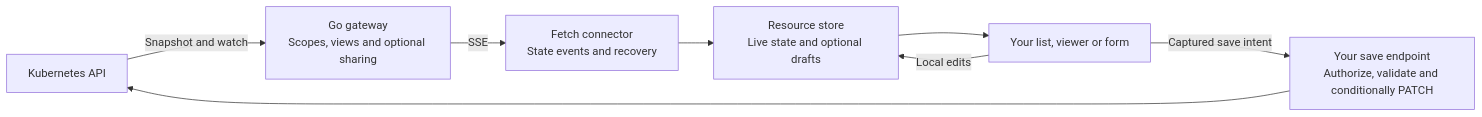
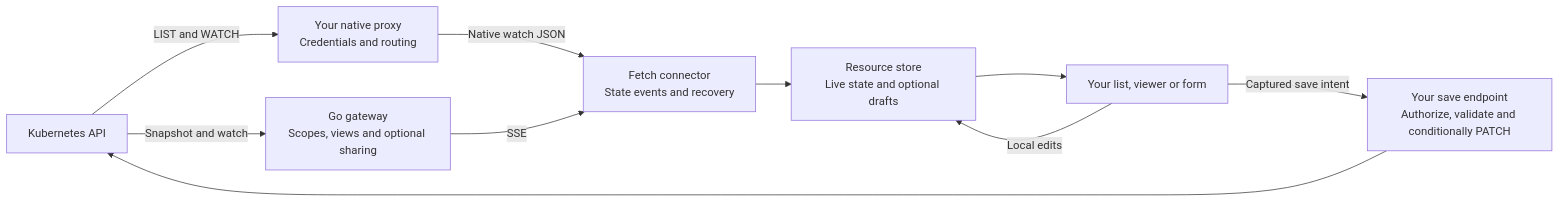
The diagram in README.md (ConfigButler/krm-stream), drawn with Mermaid before and after one commit. The commit also changed other lines of this file and 35 other files, not shown here.

First line of the commit message:
feat(client): native Kubernetes viewer over LIST/WATCH (slice 1) (#60)

````diff
--- a/README.md
+++ b/README.md
@@ -134,16 +170,19 @@
 ```mermaid
 flowchart LR
   api["Kubernetes API"]
+  proxy["Your native proxy<br/>Credentials and routing"]
   gateway["Go gateway<br/>Scopes, views and optional sharing"]
   connector["Fetch connector<br/>State events and recovery"]
   store["Resource store<br/>Live state and optional drafts"]
   ui["Your list, viewer or form"]
   save["Your save endpoint<br/>Authorize, validate and conditionally PATCH"]
+  api -->|"LIST and WATCH"| proxy
+  proxy -->|"Native watch JSON"| connector
   api -->|"Snapshot and watch"| gateway
   gateway -->|"SSE"| connector
   connector --> store
   store --> ui
   ui -->|"Local edits"| store
   ui -->|"Captured save intent"| save
   save --> api
 ```
````
